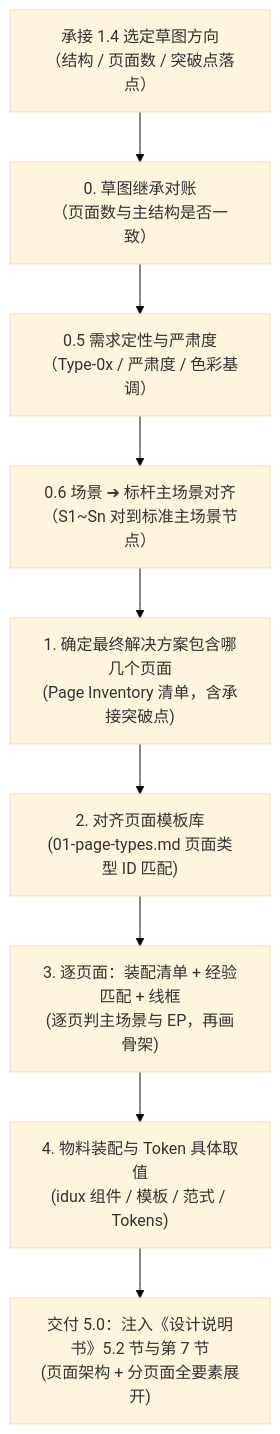
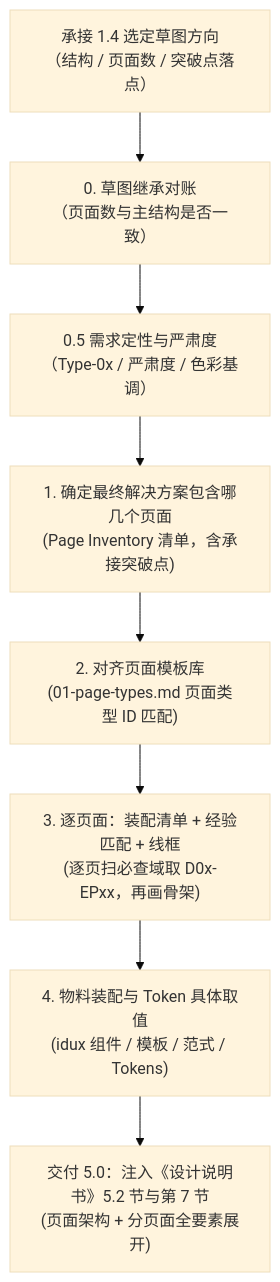
One commit to wangjue2026/skill-designer-prism changed the diagram in 01-system-solution-design/④布局与结构/4.1-业务页面框架选型指引.md. Above: the diagram before and after it, drawn with Mermaid (base theme). The commit also changed other lines of this file and 20 other files, not shown here.

````diff
--- a/01-system-solution-design/④布局与结构/4.1-业务页面框架选型指引.md
+++ b/01-system-solution-design/④布局与结构/4.1-业务页面框架选型指引.md
@@ -15,12 +15,11 @@
 ```mermaid
 graph TD
     Sketch["承接 1.4 选定草图方向<br>（结构 / 页面数 / 突破点落点）"] --> Recon["0. 草图继承对账<br>（页面数与主结构是否一致）"]
     Recon --> Qual["0.5 需求定性与严肃度<br>（Type-0x / 严肃度 / 色彩基调）"]
-    Qual --> 主场景Map["0.6 场景 ➔ 标杆主场景对齐<br>（S1~Sn 对到标准主场景节点）"]
-    主场景Map --> S4_1["1. 确定最终解决方案包含哪几个页面<br>(Page Inventory 清单，含承接突破点)"]
+    Qual --> S4_1["1. 确定最终解决方案包含哪几个页面<br>(Page Inventory 清单，含承接突破点)"]
     S4_1 --> S4_2["2. 对齐页面模板库<br>(01-page-types.md 页面类型 ID 匹配)"]
-    S4_2 --> S4_3["3. 逐页面：装配清单 + 经验匹配 + 线框<br>(逐页判主场景与 EP，再画骨架)"]
+    S4_2 --> S4_3["3. 逐页面：装配清单 + 经验匹配 + 线框<br>(逐页扫必查域取 D0x-EPxx，再画骨架)"]
     S4_3 --> S4_4["4. 物料装配与 Token 具体取值<br>(idux 组件 / 模板 / 范式 / Tokens)"]
 
     S4_4 --> Deliverable["交付 5.0：注入《设计说明书》5.2 节与第 7 节<br>(页面架构 + 分页面全要素展开)"]
 ```
````
